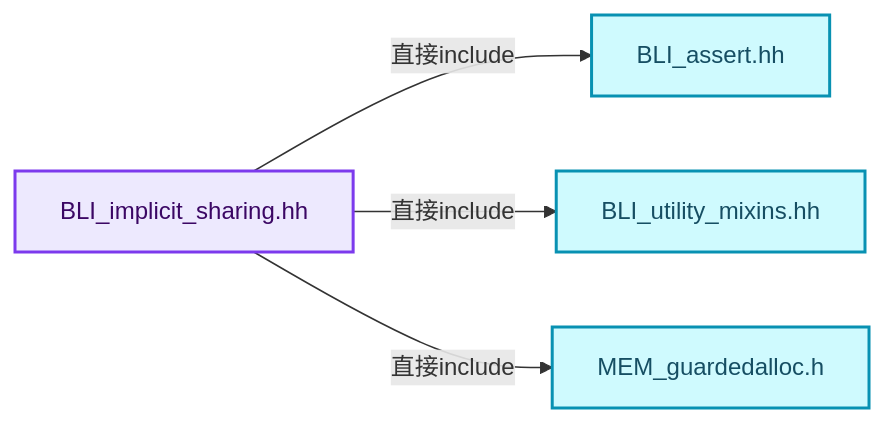
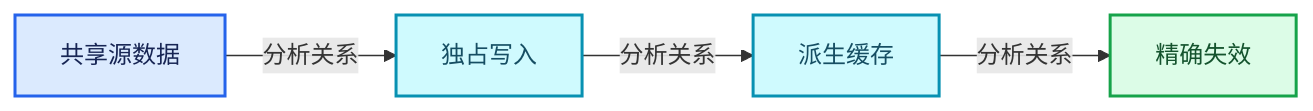
One commit to yunkezengren/blender-.vscode changed the third of 4 diagrams in 杂/markdown/全面学习-codex/06-隐式共享与缓存系统/01-所有权与写时复制.md. Above: the diagram before and after it, drawn with Mermaid. The commit also changed other lines of this file and 1930 other files, not shown here.

````diff
--- a/杂/markdown/全面学习-codex/06-隐式共享与缓存系统/01-所有权与写时复制.md
+++ b/杂/markdown/全面学习-codex/06-隐式共享与缓存系统/01-所有权与写时复制.md
@@ -83,16 +66,16 @@
 ```mermaid
 flowchart LR
-  S["BLI_implicit_sharing.hh"]:::abstraction
-  I0["BLI_assert.hh"]:::data
-  I1["BLI_utility_mixins.hh"]:::data
-  I2["MEM_guardedalloc.h"]:::data
-  S -->|"直接include"| I0
-  S -->|"直接include"| I1
-  S -->|"直接include"| I2
+  P0["共享源数据"]:::input
+  P1["独占写入"]:::data
+  P2["派生缓存"]:::data
+  P3["精确失效"]:::result
+  P0 -->|"分析关系"| P1
+  P1 -->|"分析关系"| P2
+  P2 -->|"分析关系"| P3
   classDef input fill:#DBEAFE,stroke:#2563EB,color:#172554,stroke-width:2px;
   classDef data fill:#CFFAFE,stroke:#0891B2,color:#164E63,stroke-width:2px;
   classDef abstraction fill:#EDE9FE,stroke:#7C3AED,color:#3B0764,stroke-width:2px;
   classDef compute fill:#FEF3C7,stroke:#D97706,color:#78350F,stroke-width:2px;
   classDef result fill:#DCFCE7,stroke:#16A34A,color:#14532D,stroke-width:2px;
   classDef error fill:#FEE2E2,stroke:#DC2626,color:#7F1D1D,stroke-width:2px;
 ```
````
